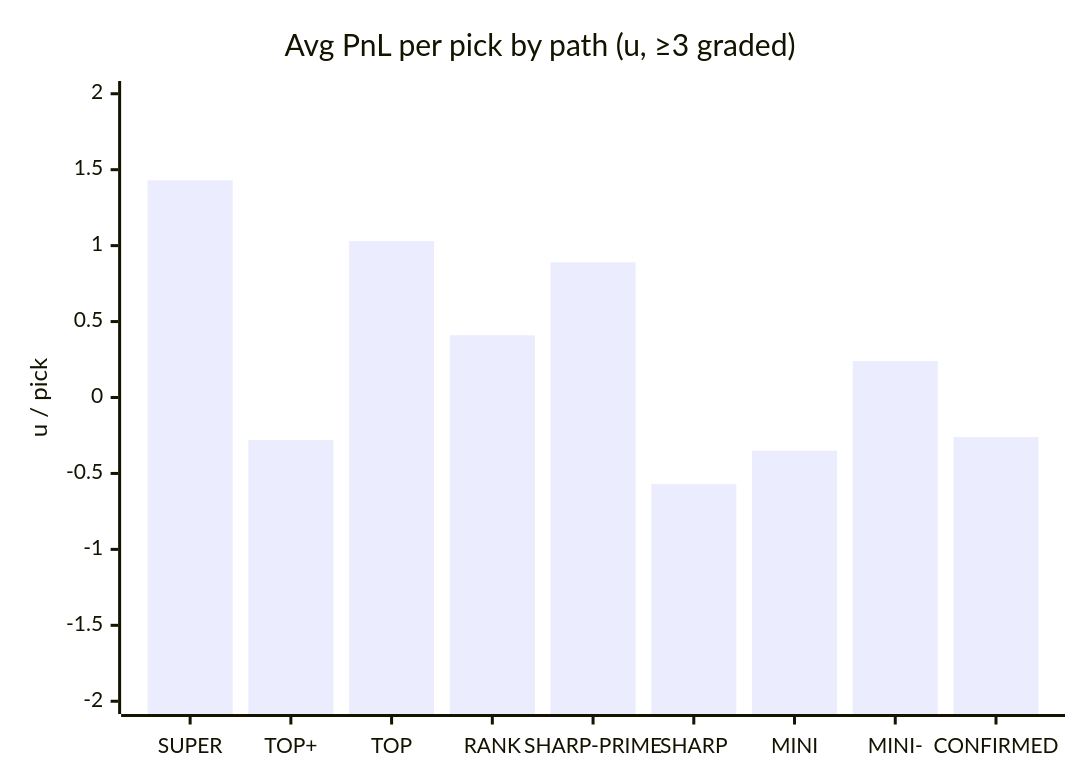
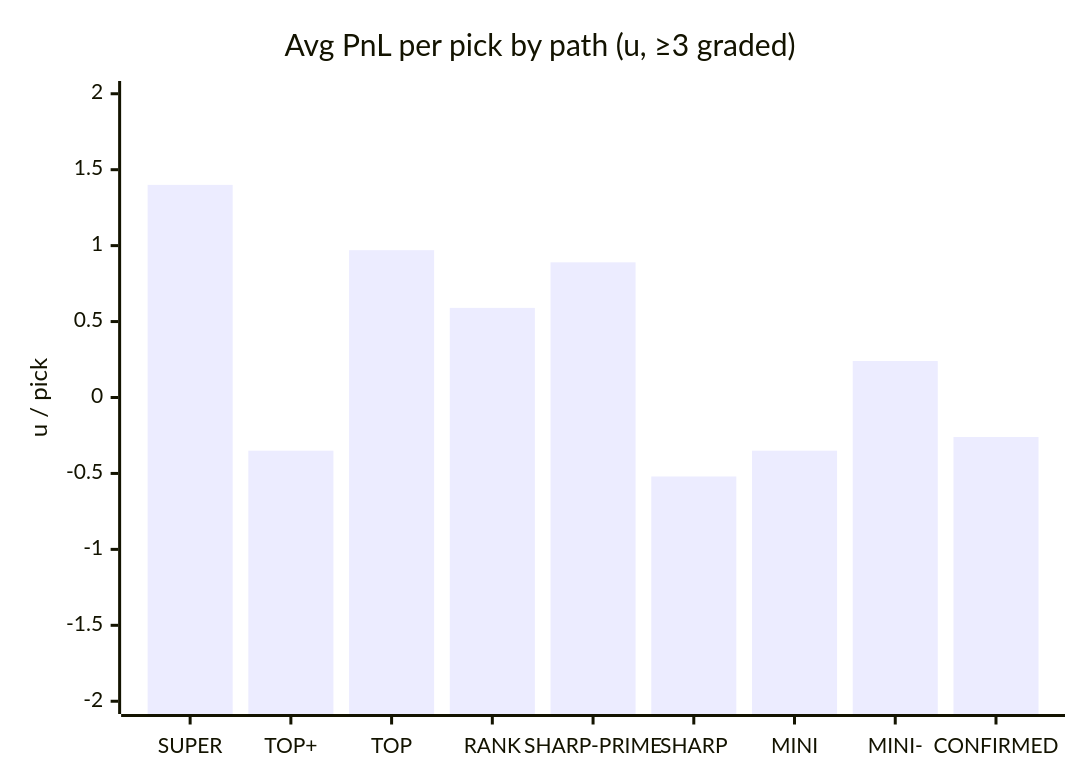
One commit to dpk1212/nhl-savant changed the third of 5 diagrams in DAILY_AGSU_REPORT.md. Above: the diagram before and after it, drawn with Mermaid. The commit also changed other lines of this file, not shown here.

````diff
--- a/DAILY_AGSU_REPORT.md
+++ b/DAILY_AGSU_REPORT.md
@@ -331,7 +332,7 @@
 ```mermaid
 xychart-beta
     title "Avg PnL per pick by path (u, ≥3 graded)"
     x-axis ["SUPER", "TOP+", "TOP", "RANK", "SHARP-PRIME", "SHARP", "MINI", "MINI-", "CONFIRMED"]
     y-axis "u / pick" -2 --> 2
-    bar [1.43, -0.28, 1.03, 0.41, 0.89, -0.57, -0.35, 0.24, -0.26]
+    bar [1.4, -0.35, 0.97, 0.59, 0.89, -0.52, -0.35, 0.24, -0.26]
 ```
````
